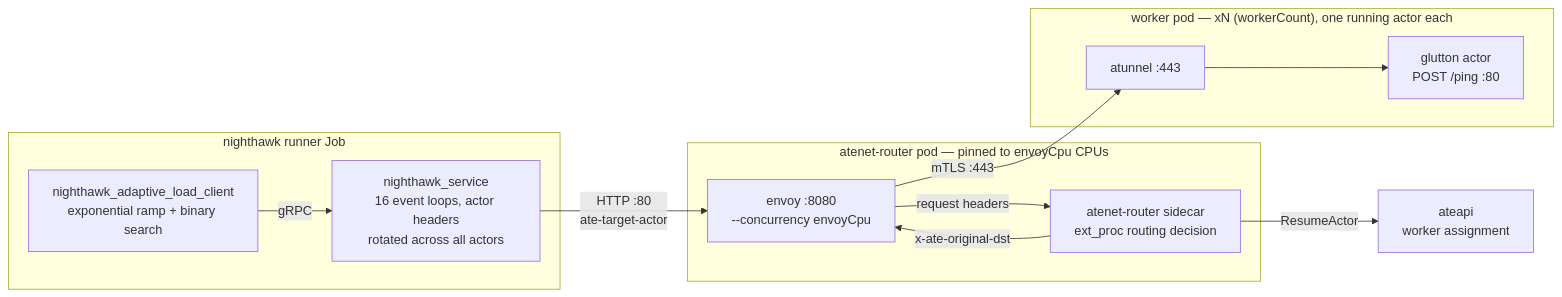
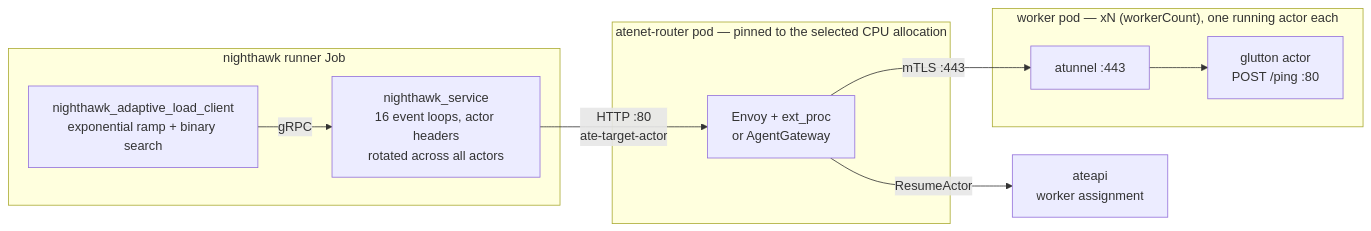
The first of 2 diagrams in benchmarking/nighthawk-ingress/README.md (agent-substrate/substrate), drawn with Mermaid before and after one commit. The commit also changed other lines of this file and 13 other files, not shown here.

Commit message:
benchmarking: add AgentGateway coverage and reproducibility

````diff
--- a/benchmarking/nighthawk-ingress/README.md
+++ b/benchmarking/nighthawk-ingress/README.md
@@ -36,25 +36,22 @@
 ```mermaid
 flowchart LR
     subgraph job["nighthawk runner Job"]
         alc["nighthawk_adaptive_load_client<br/>exponential ramp + binary search"]
         svc["nighthawk_service<br/>16 event loops, actor headers<br/>rotated across all actors"]
         alc -->|gRPC| svc
     end
 
-    subgraph pod["atenet-router pod — pinned to envoyCpu CPUs"]
-        envoy["envoy :8080<br/>--concurrency envoyCpu"]
-        extproc["atenet-router sidecar<br/>ext_proc routing decision"]
-        envoy -->|request headers| extproc
-        extproc -->|x-ate-original-dst| envoy
+    subgraph pod["atenet-router pod — pinned to the selected CPU allocation"]
+        proxy["Envoy + ext_proc<br/>or AgentGateway"]
     end
 
     ateapi["ateapi<br/>worker assignment"]
 
     subgraph worker["worker pod — xN (workerCount), one running actor each"]
         atunnel["atunnel :443"] --> glutton["glutton actor<br/>POST /ping :80"]
     end
 
-    svc -->|"HTTP :80<br/>ate-target-actor"| envoy
-    extproc -->|ResumeActor| ateapi
-    envoy -->|"mTLS :443"| atunnel
+    svc -->|"HTTP :80<br/>ate-target-actor"| proxy
+    proxy -->|ResumeActor| ateapi
+    proxy -->|"mTLS :443"| atunnel
 ```
````
